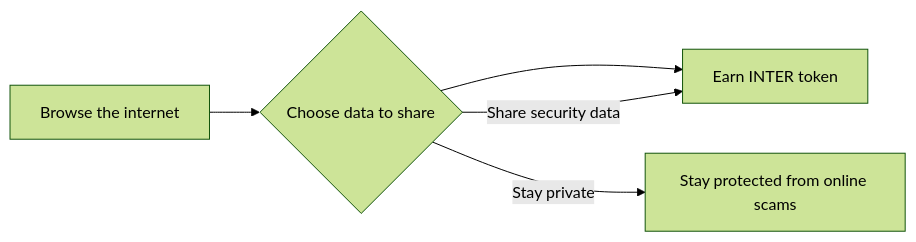
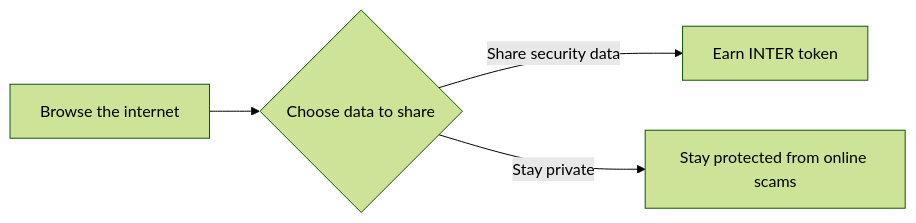
Before and after one commit to interlock-network/interlock-docs: the diagram in README.md, drawn with Mermaid.

Commit message:
Fix mermaid graph

````diff
--- a/README.md
+++ b/README.md
@@ -10,8 +10,7 @@
 ```mermaid
 %%{init: { 'theme': 'forest' } }%%
 graph LR
     A[Browse the internet] --> B{Choose data to share}
-    B --> C{Decision}
     B -->|Share security data| C[Earn INTER token]
     B -->|Stay private| D[Stay protected from online scams]
 ```
````
